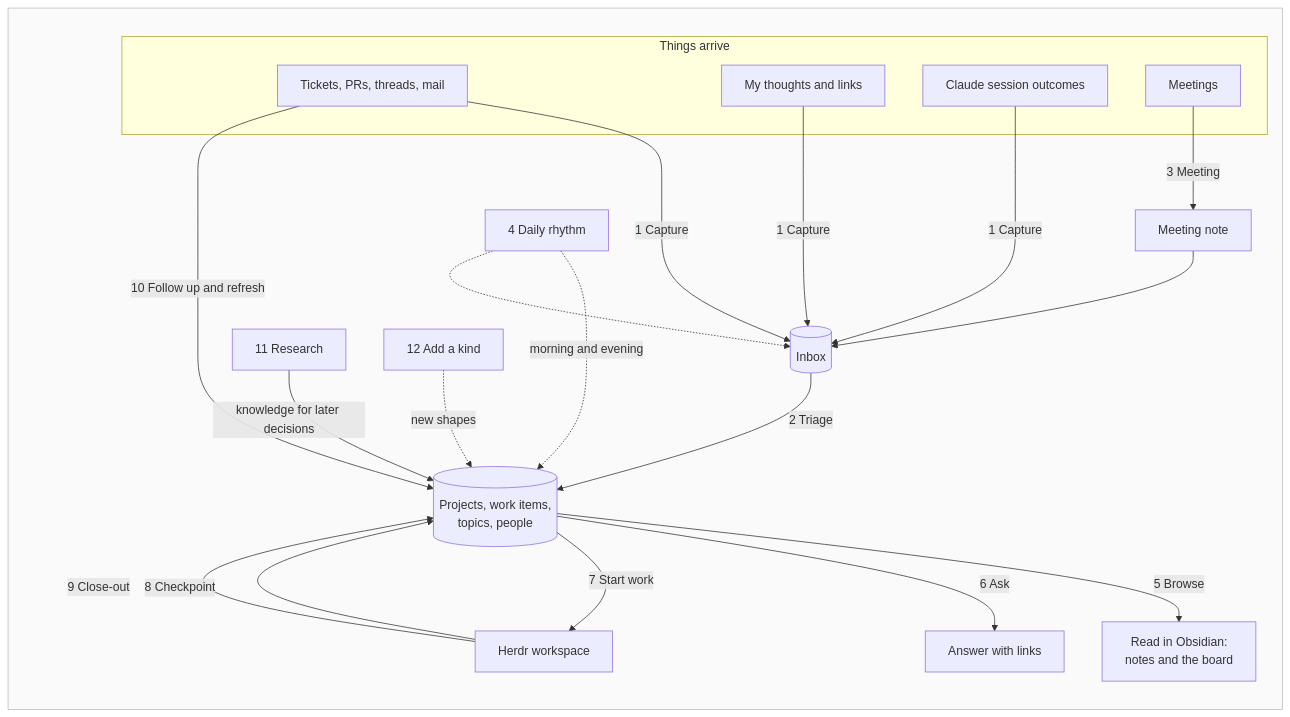
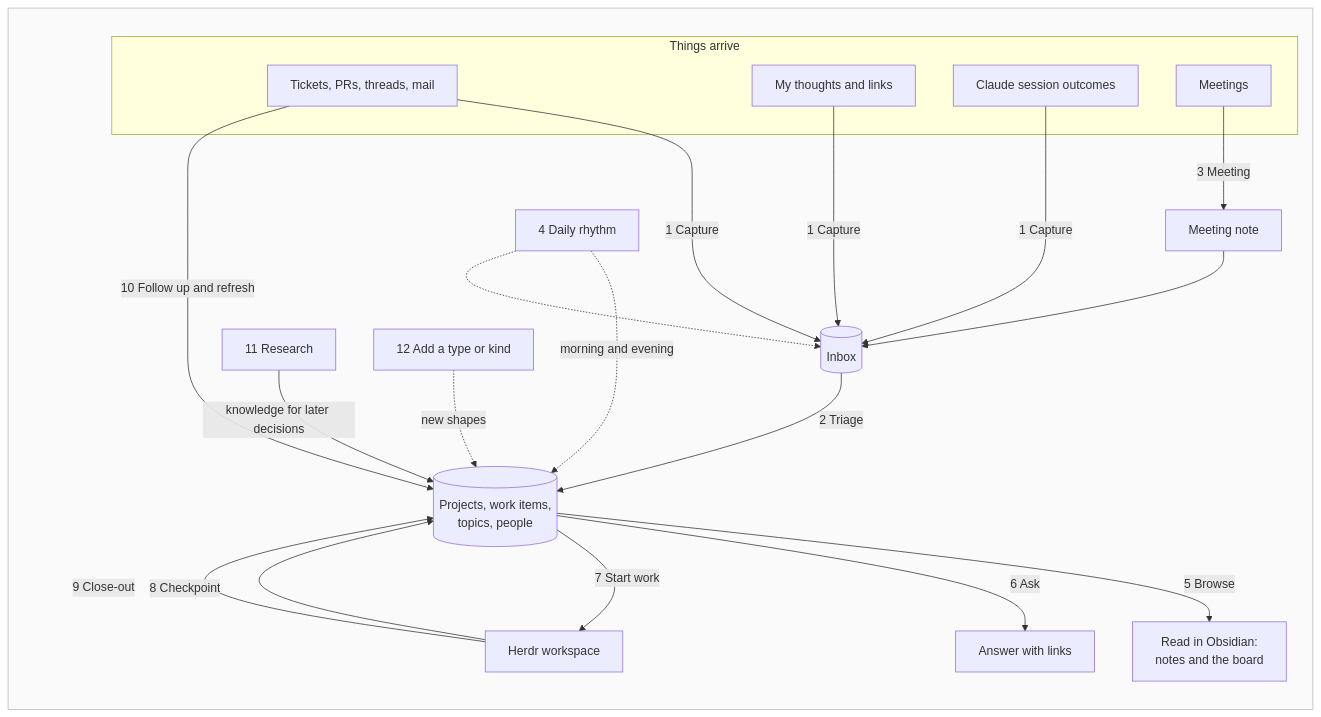
One commit to Kieranties/kiln changed the first of 13 diagrams in docs/specs/2026-10-11-user-flows.md. Above: the diagram before and after it, drawn with Mermaid. The commit also changed other lines of this file and 2 other files, not shown here.

First line of the commit message:
docs: design layer 1, the vault structure

````diff
--- a/docs/specs/2026-10-11-user-flows.md
+++ b/docs/specs/2026-10-11-user-flows.md
@@ -32,28 +32,28 @@
 ```mermaid
 %%{init: {"theme": "default"}}%%
 flowchart LR
     subgraph card[" "]
         subgraph arrive[Things arrive]
             EXT[Tickets, PRs, threads, mail]
             MTG[Meetings]
             ME[My thoughts and links]
             SES[Claude session outcomes]
         end
         EXT -->|1 Capture| INBOX[(Inbox)]
         ME -->|1 Capture| INBOX
         SES -->|1 Capture| INBOX
         MTG -->|3 Meeting| MNOTE[Meeting note] --> INBOX
         INBOX -->|2 Triage| VAULT[(Projects, work items,<br/>topics, people)]
         RES[11 Research] -->|knowledge for later decisions| VAULT
         VAULT -->|5 Browse| OBS[Read in Obsidian:<br/>notes and the board]
-        TYPES[12 Add a kind] -.->|new shapes| VAULT
+        TYPES[12 Add a type or kind] -.->|new shapes| VAULT
         VAULT -->|6 Ask| ANS[Answer with links]
         VAULT -->|7 Start work| WS[Herdr workspace]
         WS -->|8 Checkpoint| VAULT
         WS -->|9 Close-out| VAULT
         EXT -->|10 Follow up and refresh| VAULT
         DAY[4 Daily rhythm] -.->|morning and evening| VAULT
         DAY -.-> INBOX
     end
     style card fill:#fafafa,stroke:#bbbbbb
 ```
````
